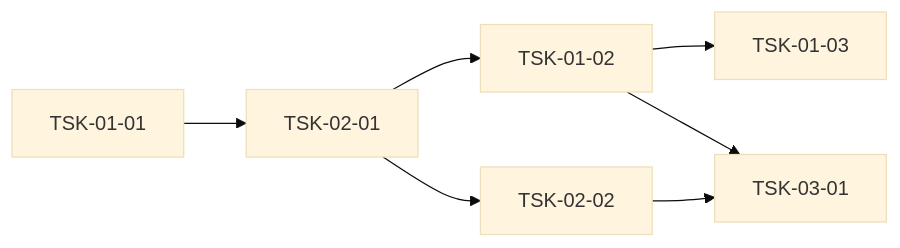
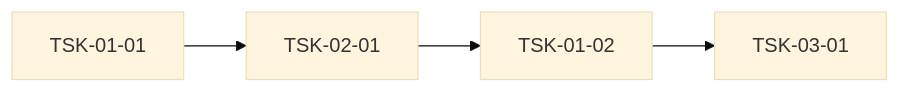
Before and after one commit to jongik-sv/dmes-standard: the diagram in .claude/skills/dflow-wbs/references/output-format.md, drawn with Mermaid (base theme). The commit also changed other lines of this file and 12 other files, not shown here.

````diff
--- a/.claude/skills/dflow-wbs/references/output-format.md
+++ b/.claude/skills/dflow-wbs/references/output-format.md
@@ -98,10 +157,7 @@
 ```mermaid
 graph LR
   TSK-01-01 --> TSK-02-01
   TSK-02-01 --> TSK-01-02
-  TSK-02-01 --> TSK-02-02
-  TSK-01-02 --> TSK-01-03
   TSK-01-02 --> TSK-03-01
-  TSK-02-02 --> TSK-03-01
   %% ... 모든 depends 관계를 간선으로 표기 ...
 ```
````
